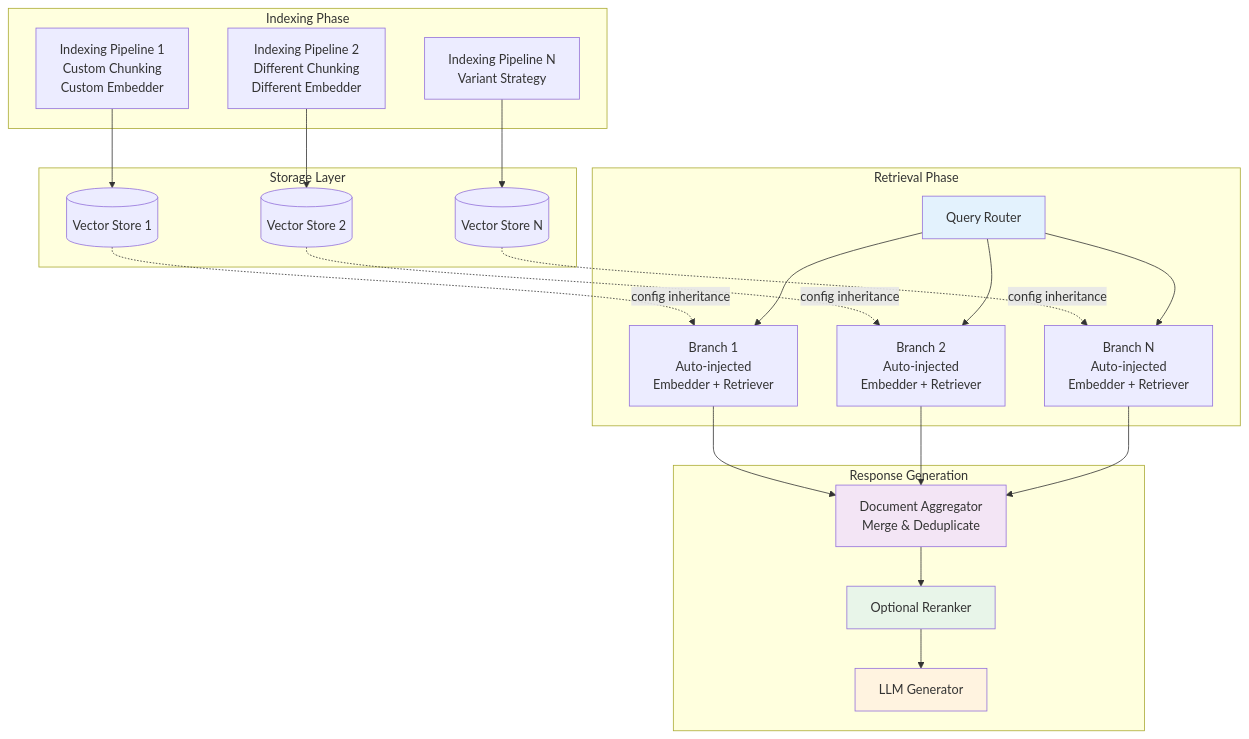
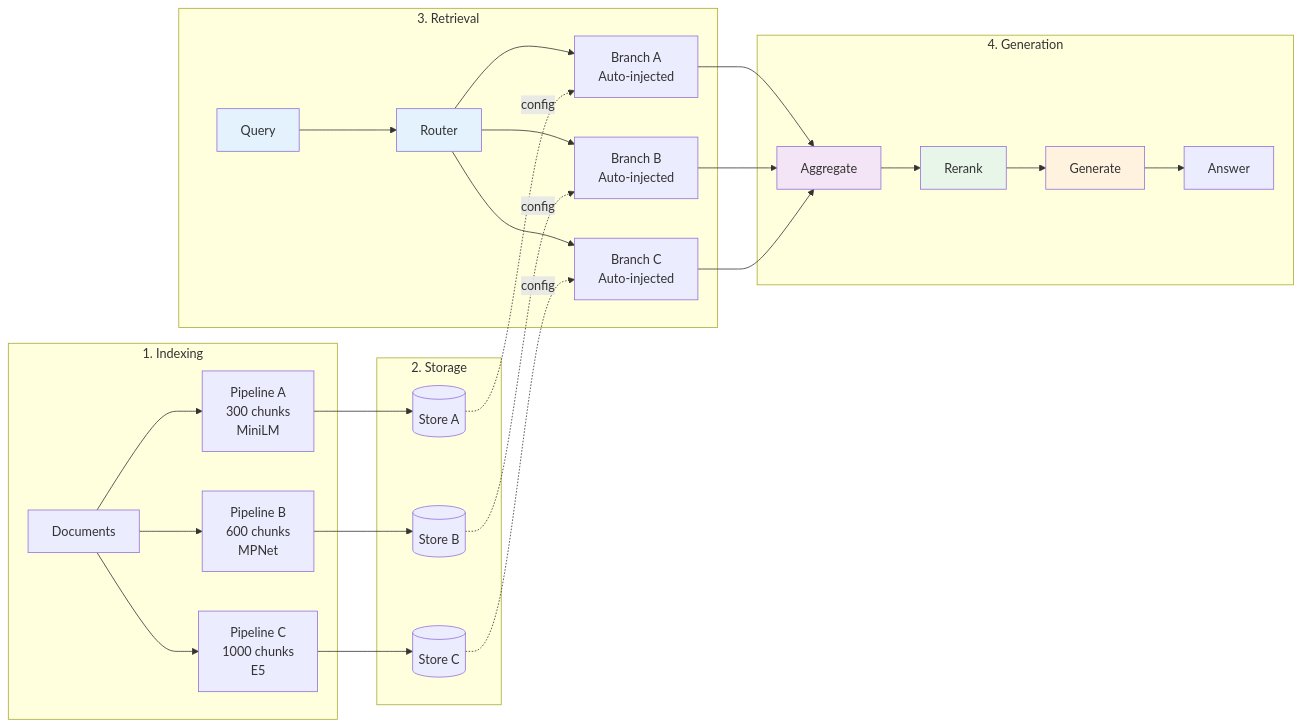
The diagram in README.md (arkhai-io/agentic-rag-green), drawn with Mermaid before and after one commit. The commit also changed other lines of this file, not shown here.

Commit message:
docs: update README with cleaner architecture and evaluation section

````diff
--- a/README.md
+++ b/README.md
@@ -27,50 +20,37 @@
 ```mermaid
-graph TB
-    subgraph "Indexing Phase"
-        IP1[Indexing Pipeline 1<br/>Custom Chunking<br/>Custom Embedder]
-        IP2[Indexing Pipeline 2<br/>Different Chunking<br/>Different Embedder]
-        IP3[Indexing Pipeline N<br/>Variant Strategy]
+graph LR
+    subgraph "1. Indexing"
+        Doc[Documents] --> P1[Pipeline A<br/>300 chunks<br/>MiniLM]
+        Doc --> P2[Pipeline B<br/>600 chunks<br/>MPNet]
+        Doc --> P3[Pipeline C<br/>1000 chunks<br/>E5]
     end
 
-    subgraph "Storage Layer"
-        DS1[(Vector Store 1)]
-        DS2[(Vector Store 2)]
-        DS3[(Vector Store N)]
+    subgraph "2. Storage"
+        P1 --> S1[(Store A)]
+        P2 --> S2[(Store B)]
+        P3 --> S3[(Store C)]
     end
 
-    subgraph "Retrieval Phase"
-        RP[Query Router]
-        B1[Branch 1<br/>Auto-injected<br/>Embedder + Retriever]
-        B2[Branch 2<br/>Auto-injected<br/>Embedder + Retriever]
-        BN[Branch N<br/>Auto-injected<br/>Embedder + Retriever]
+    subgraph "3. Retrieval"
+        Q[Query] --> R[Router]
+        R --> B1[Branch A<br/>Auto-injected]
+        R --> B2[Branch B<br/>Auto-injected]
+        R --> B3[Branch C<br/>Auto-injected]
+        S1 -.config.-> B1
+        S2 -.config.-> B2
+        S3 -.config.-> B3
     end
 
-    subgraph "Response Generation"
-        AGG[Document Aggregator<br/>Merge & Deduplicate]
-        RANK[Optional Reranker]
-        GEN[LLM Generator]
+    subgraph "4. Generation"
+        B1 & B2 & B3 --> Agg[Aggregate]
+        Agg --> Rank[Rerank]
+        Rank --> Gen[Generate]
+        Gen --> Ans[Answer]
     end
 
-    IP1 --> DS1
-    IP2 --> DS2
-    IP3 --> DS3
-
-    DS1 -.config inheritance.-> B1
-    DS2 -.config inheritance.-> B2
-    DS3 -.config inheritance.-> BN
-
-    RP --> B1
-    RP --> B2
-    RP --> BN
-
-    B1 --> AGG
-    B2 --> AGG
-    BN --> AGG
-    AGG --> RANK
-    RANK --> GEN
-
-    style RP fill:#e3f2fd
-    style AGG fill:#f3e5f5
-    style RANK fill:#e8f5e9
-    style GEN fill:#fff3e0
+    style Q fill:#e3f2fd
+    style R fill:#e3f2fd
+    style Agg fill:#f3e5f5
+    style Rank fill:#e8f5e9
+    style Gen fill:#fff3e0
 ```
````
